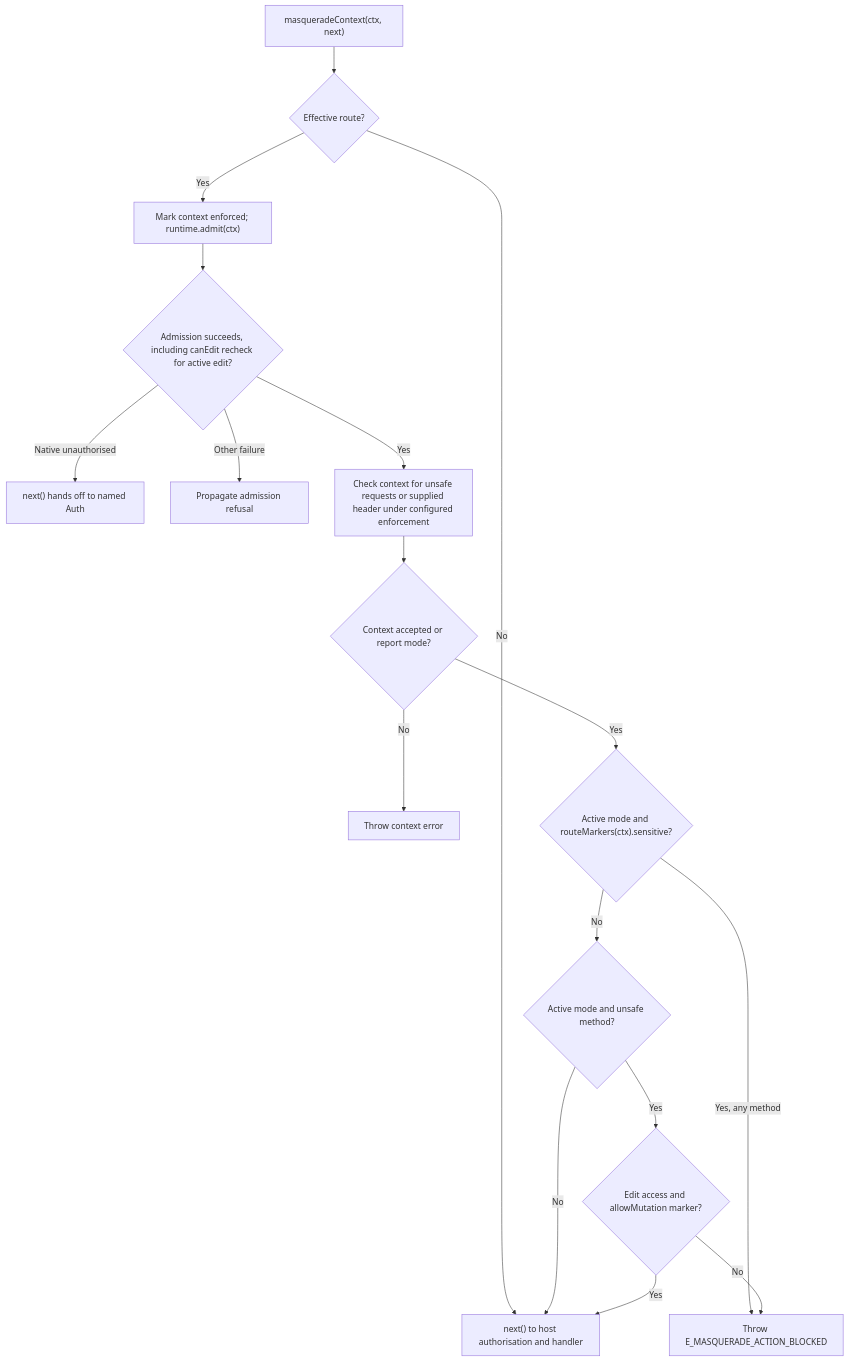
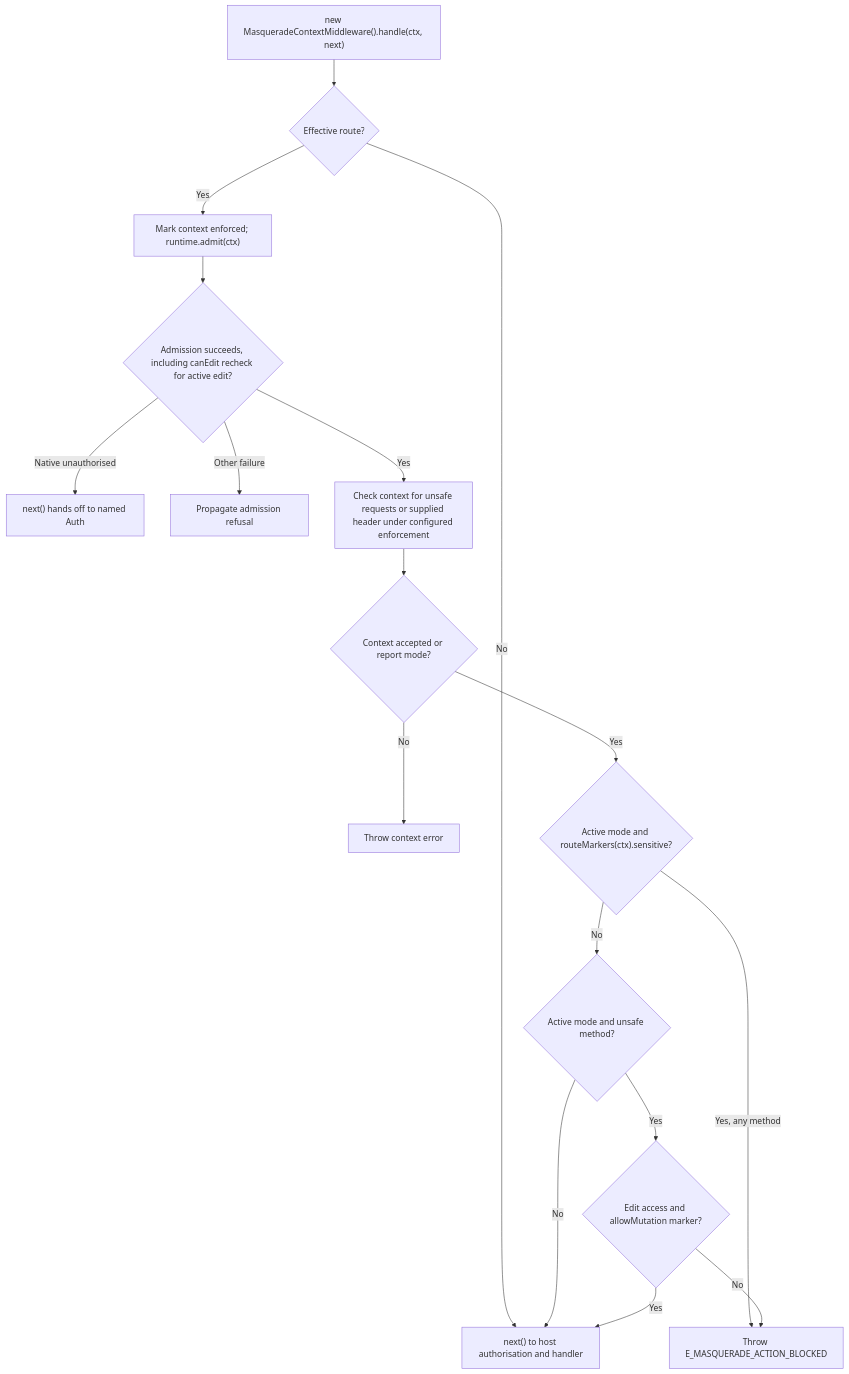
The second of 2 diagrams in user-stories/edit-effective-account/us-actor-03-edit-effective-account.md (Kevinjohn/oss-adonisjs-masquerade), drawn with Mermaid before and after one commit. The commit also changed other lines of this file and 293 other files, not shown here.

````diff
--- a/user-stories/edit-effective-account/us-actor-03-edit-effective-account.md
+++ b/user-stories/edit-effective-account/us-actor-03-edit-effective-account.md
@@ -37,19 +37,19 @@
 ```mermaid
 flowchart TD
-    A["masqueradeContext(ctx, next)"] --> A2{"Effective route?"}
+    A["new MasqueradeContextMiddleware().handle(ctx, next)"] --> A2{"Effective route?"}
     A2 -->|No| H
     A2 -->|Yes| B["Mark context enforced; runtime.admit(ctx)"]
     B --> C{"Admission succeeds, including canEdit recheck for active edit?"}
     C -->|Native unauthorised| K["next() hands off to named Auth"]
     C -->|Other failure| Z["Propagate admission refusal"]
     C -->|Yes| D["Check context for unsafe requests or supplied header under configured enforcement"]
     D --> X{"Context accepted or report mode?"}
     X -->|No| Y["Throw context error"]
     X -->|Yes| E{"Active mode and routeMarkers(ctx).sensitive?"}
     E -->|Yes, any method| F["Throw E_MASQUERADE_ACTION_BLOCKED"]
     E -->|No| G{"Active mode and unsafe method?"}
     G -->|No| H["next() to host authorisation and handler"]
     G -->|Yes| I{"Edit access and allowMutation marker?"}
     I -->|No| F
     I -->|Yes| H
 ```
````
